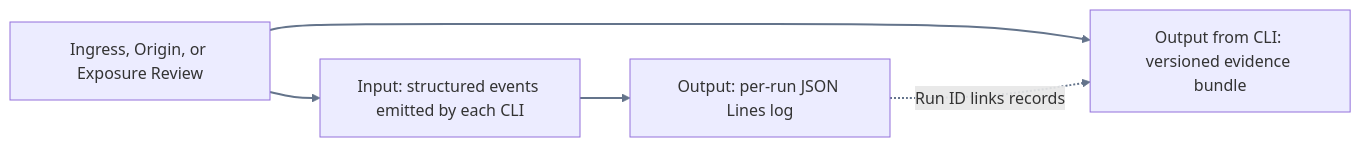
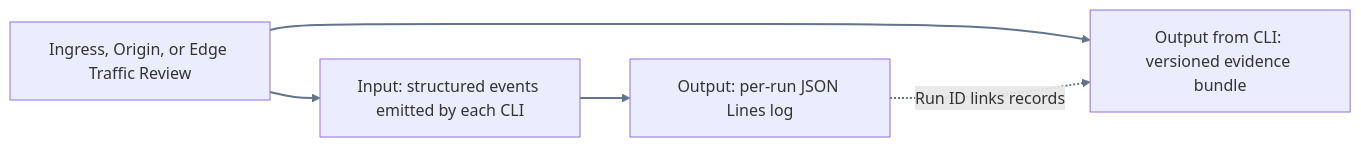
Before and after one commit to phil-markarian/pensys: the diagram in research/_references/diagrams/review-log/01-overview.mmd, drawn with Mermaid. The commit also changed 29 other files, not shown here.

```diff
--- a/research/_references/diagrams/review-log/01-overview.mmd
+++ b/research/_references/diagrams/review-log/01-overview.mmd
@@ -1,6 +1,6 @@
 flowchart LR
-    tools["Ingress, Origin, or Exposure Review"] --> events["Input: structured events emitted by each CLI"]
+    tools["Ingress, Origin, or Edge Traffic Review"] --> events["Input: structured events emitted by each CLI"]
     events --> log["Output: per-run JSON Lines log"]
     tools --> evidence["Output from CLI: versioned evidence bundle"]
     log -. Run ID links records .-> evidence
     linkStyle default stroke:#64748b,stroke-width:2px
```
